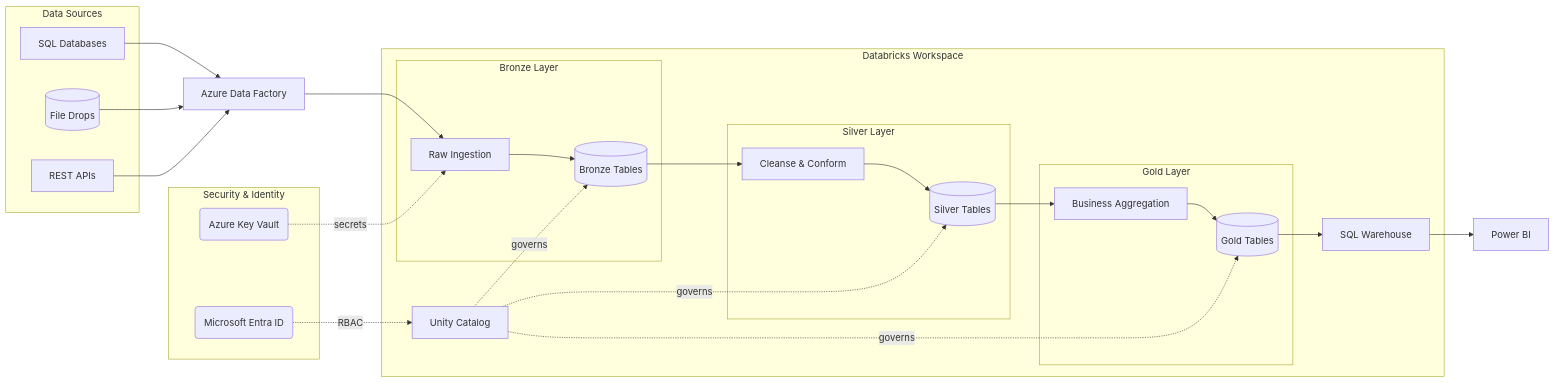
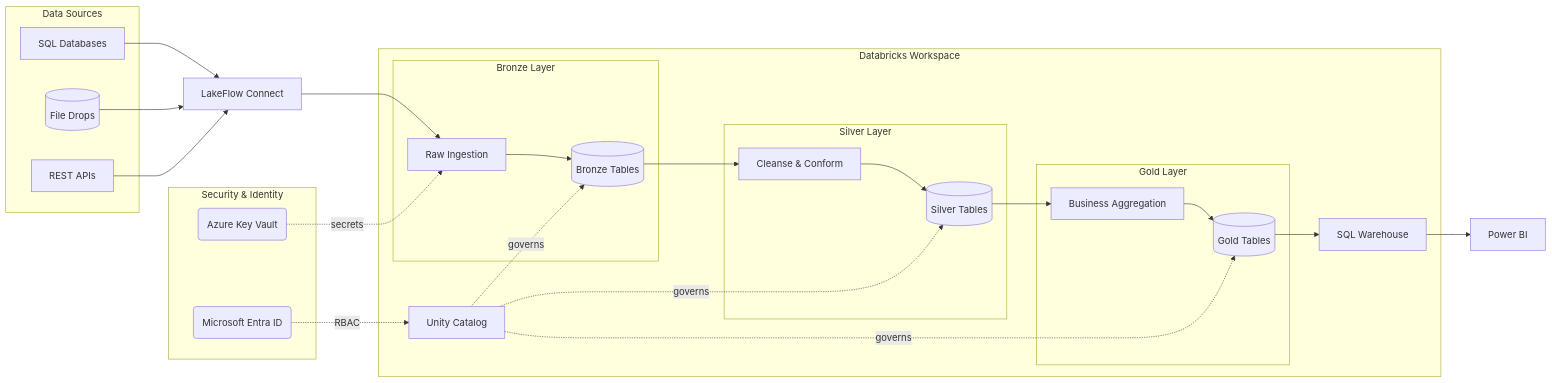
Before and after one commit to HaoZhang615/ads-copilot: the first of 9 diagrams in .github/skills/databricks-ads-session/databricks-ads-session/references/databricks-patterns.md, drawn with Mermaid. The commit also changed other lines of this file and 23 other files, not shown here.

Commit message:
flow improvement and updates after extensive web search effort and reasoning

````diff
--- a/.github/skills/databricks-ads-session/databricks-ads-session/references/databricks-patterns.md
+++ b/.github/skills/databricks-ads-session/databricks-ads-session/references/databricks-patterns.md
@@ -51,42 +56,42 @@
 ```mermaid
 flowchart LR
   subgraph SRC["Data Sources"]
     SQL[SQL Databases]
     FILES[(File Drops)]
     API[REST APIs]
   end
 
-  ADF[Azure Data Factory]
+  LFC[LakeFlow Connect]
 
   subgraph DBX["Databricks Workspace"]
     UC[Unity Catalog]
     subgraph BRONZE["Bronze Layer"]
       B_INGEST[Raw Ingestion]
       B_TABLES[(Bronze Tables)]
     end
     subgraph SILVER["Silver Layer"]
       S_CLEAN[Cleanse & Conform]
       S_TABLES[(Silver Tables)]
     end
     subgraph GOLD["Gold Layer"]
       G_AGG[Business Aggregation]
       G_TABLES[(Gold Tables)]
     end
     SQLWH[SQL Warehouse]
   end
 
   subgraph SEC["Security & Identity"]
     KV(Azure Key Vault)
     ENTRA(Microsoft Entra ID)
   end
 
   BI[Power BI]
 
-  SQL & FILES & API --> ADF --> B_INGEST --> B_TABLES
+  SQL & FILES & API --> LFC --> B_INGEST --> B_TABLES
   B_TABLES --> S_CLEAN --> S_TABLES
   S_TABLES --> G_AGG --> G_TABLES
   G_TABLES --> SQLWH --> BI
   UC -.->|governs| B_TABLES & S_TABLES & G_TABLES
   ENTRA -.->|RBAC| UC
   KV -.->|secrets| B_INGEST
 ```
````
